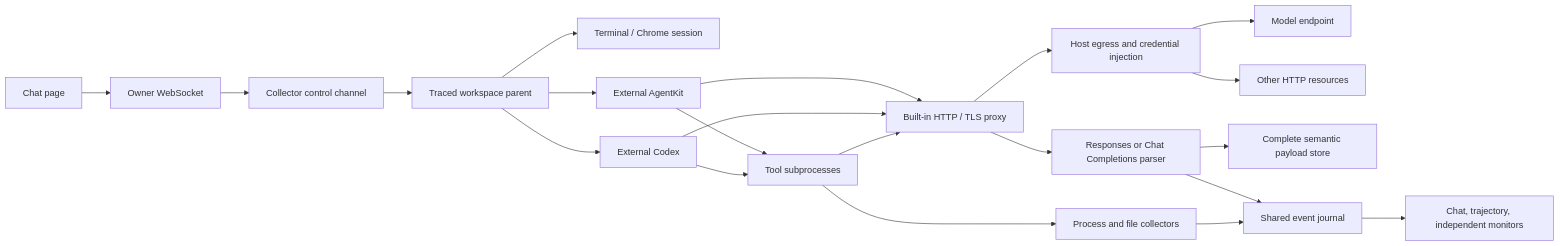
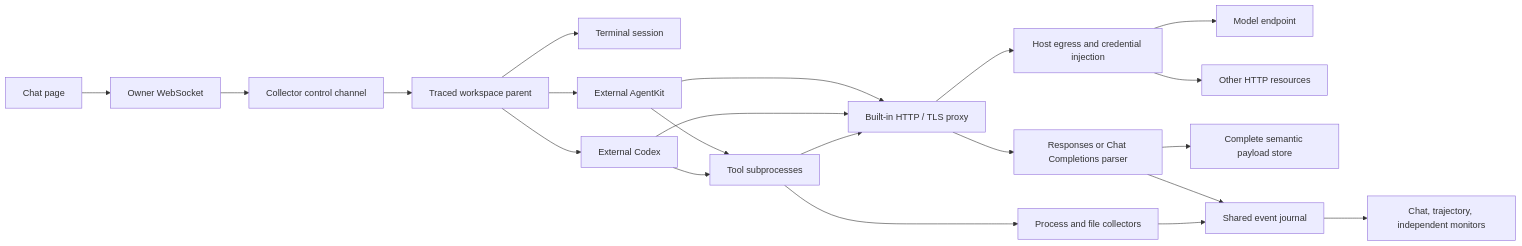
One commit to nullptrpanic/AgentTomo changed the diagram in docs/agent-task-design.md. Above: the diagram before and after it, drawn with Mermaid. The commit also changed other lines of this file and 88 other files, not shown here.

````diff
--- a/docs/agent-task-design.md
+++ b/docs/agent-task-design.md
@@ -13,23 +13,23 @@
 ```mermaid
 flowchart LR
     Chat[Chat page] --> WS[Owner WebSocket]
     WS --> Collector[Collector control channel]
     Collector --> Workspace[Traced workspace parent]
-    Workspace --> Shell[Terminal / Chrome session]
+    Workspace --> Shell[Terminal session]
     Workspace --> Codex[External Codex]
     Workspace --> AgentKit[External AgentKit]
     AgentKit --> Proxy
     AgentKit --> Tools
     Codex --> Tools[Tool subprocesses]
     Codex --> Proxy[Built-in HTTP / TLS proxy]
     Tools --> Proxy
     Proxy --> Egress[Host egress and credential injection]
     Egress --> Model[Model endpoint]
     Egress --> Resources[Other HTTP resources]
     Proxy --> Semantic[Responses or Chat Completions parser]
     Semantic --> Payloads[Complete semantic payload store]
     Semantic --> Journal[Shared event journal]
     Tools --> Tracer[Process and file collectors]
     Tracer --> Journal
     Journal --> Views[Chat, trajectory, independent monitors]
 ```
````
